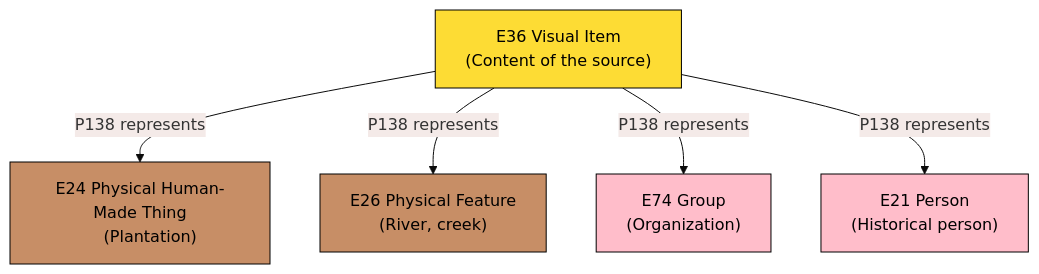
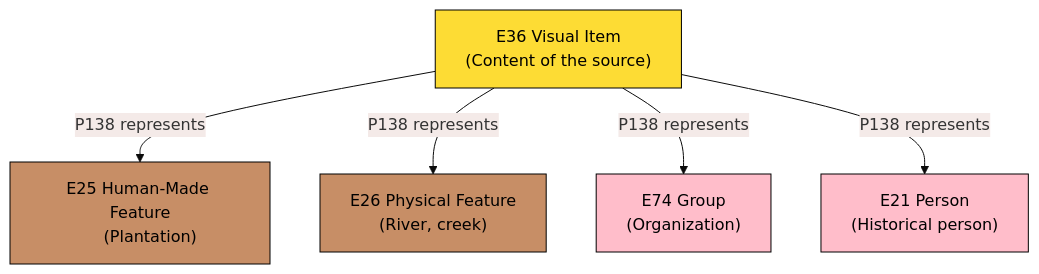
One commit to jonaschlegel/suriname-database-model changed the fifth of 8 diagrams in docs/models/source-pattern-explained.mdx. Above: the diagram before and after it, drawn with Mermaid. The commit also changed other lines of this file and 41 other files, not shown here.

````diff
--- a/docs/models/source-pattern-explained.mdx
+++ b/docs/models/source-pattern-explained.mdx
@@ -217,28 +217,28 @@
 ```mermaid
 %%{init: {'theme': 'base', 'themeVariables': { 'primaryColor': '#e8f4ea'}}}%%
 flowchart TB
     E36["E36 Visual Item
     (Content of the source)"]
 
-    E24["E24 Physical Human-Made Thing
+    E25["E25 Human-Made Feature
     (Plantation)"]
     E26["E26 Physical Feature
     (River, creek)"]
     E74_ORG["E74 Group
     (Organization)"]
     E21_PERSON["E21 Person
     (Historical person)"]
 
-    E36 -->|"P138 represents"| E24
+    E36 -->|"P138 represents"| E25
     E36 -->|"P138 represents"| E26
     E36 -->|"P138 represents"| E74_ORG
     E36 -->|"P138 represents"| E21_PERSON
 
     classDef crm_E28_Conceptual_Object fill:#fddc34,stroke:#000000,color:#000000
     classDef crm_E18_Physical_Thing fill:#c78e66,stroke:#000000,color:#000000
     classDef crm_E39_Actor fill:#ffbdca,stroke:#000000,color:#000000
 
     class E36 crm_E28_Conceptual_Object
-    class E24,E26 crm_E18_Physical_Thing
+    class E25,E26 crm_E18_Physical_Thing
     class E74_ORG,E21_PERSON crm_E39_Actor
 ```
````
